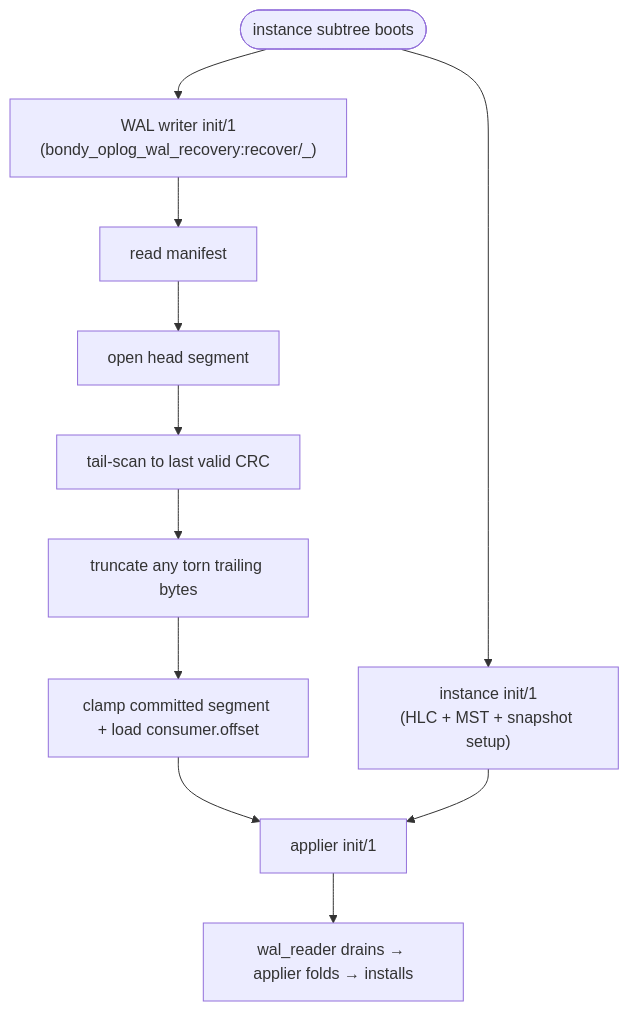
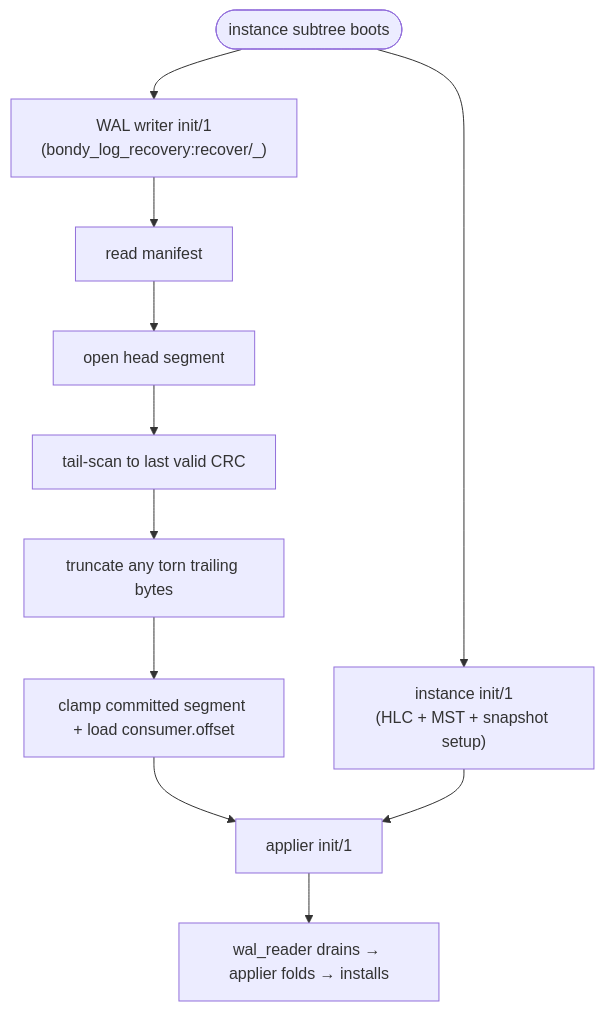
The seventh of 9 diagrams in apps/bondy_db/doc_extras/architecture/01_bondy_oplog.md (bondy-io/bondy), drawn with Mermaid before and after one commit. The commit also changed other lines of this file and 173 other files, not shown here.

````diff
--- a/apps/bondy_db/doc_extras/architecture/01_bondy_oplog.md
+++ b/apps/bondy_db/doc_extras/architecture/01_bondy_oplog.md
@@ -360,18 +360,18 @@
 ```mermaid
 flowchart TB
     BOOT([instance subtree boots])
-    WI["WAL writer init/1<br/>(bondy_oplog_wal_recovery:recover/_)"]
+    WI["WAL writer init/1<br/>(bondy_log_recovery:recover/_)"]
     M[read manifest]
     HEAD[open head segment]
     SCAN[tail-scan to last valid CRC]
     TRUNC[truncate any torn trailing bytes]
     OFF[clamp committed segment + load consumer.offset]
     II["instance init/1<br/>(HLC + MST + snapshot setup)"]
     AI[applier init/1]
     DRAIN["wal_reader drains → applier folds → installs"]
 
     BOOT --> WI --> M --> HEAD --> SCAN --> TRUNC --> OFF
     BOOT --> II
     OFF --> AI --> DRAIN
     II --> AI
 ```
````
